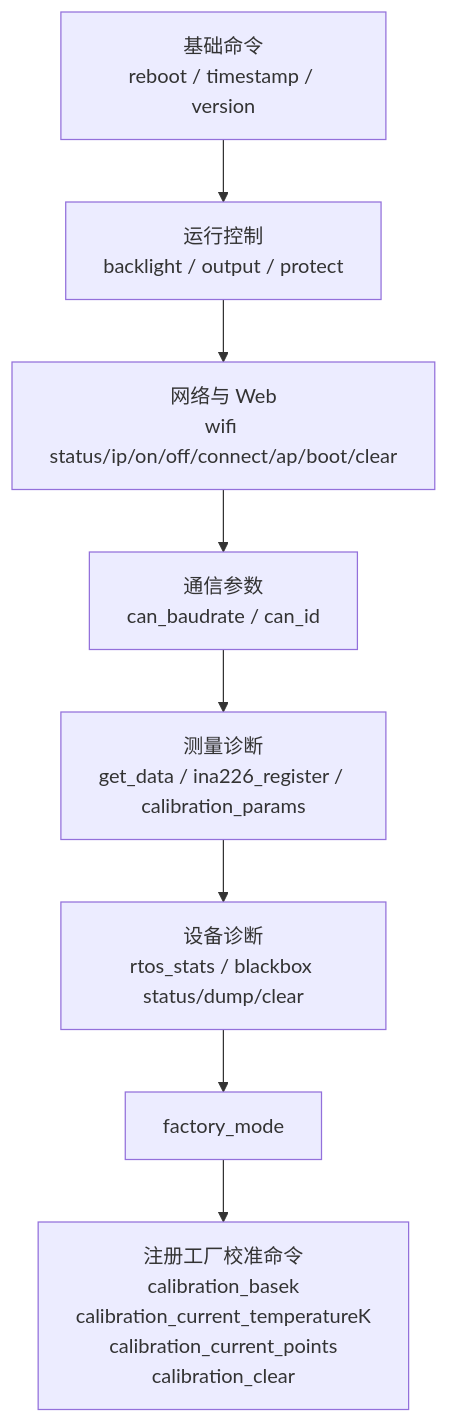
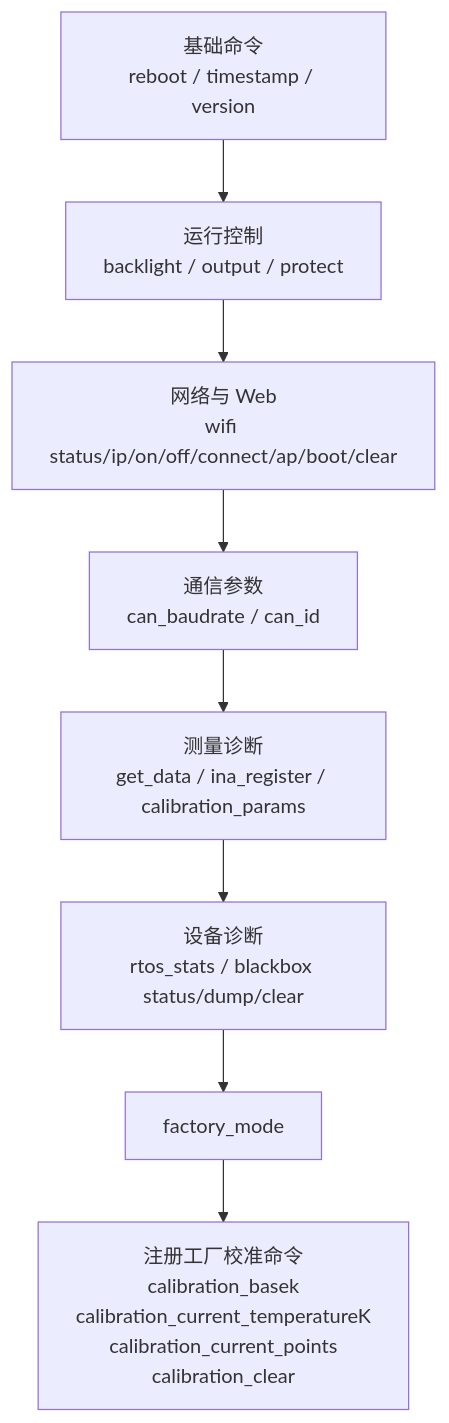
Before and after one commit to qingmeijiupiao/Wireless_power_meter_lite: the second of 2 diagrams in components/app/shell_command/README.md, drawn with Mermaid. The commit also changed other lines of this file and 2 other files, not shown here.

Commit message:
REFACTOR：统一 INA 寄存器命令为 ina_register
Lite 使用 ina226_register，Pro V2 使用 ina228_register，命令名与输出前缀
因芯片型号不同而不一致，导致共用的上位机脚本需要区分处理。

WHAT：两个工程的 shell 命令统一为芯片无关的 ina_register，输出前缀统一为
ina_register_raw，并同步更新 shell_command / current_calibration 文档。

````diff
--- a/components/app/shell_command/README.md
+++ b/components/app/shell_command/README.md
@@ -32,10 +32,10 @@
 ```mermaid
 flowchart TD
     Base["基础命令<br/>reboot / timestamp / version"] --> Runtime["运行控制<br/>backlight / output / protect"]
     Runtime --> Network["网络与 Web<br/>wifi status/ip/on/off/connect/ap/boot/clear"]
     Network --> Bus["通信参数<br/>can_baudrate / can_id"]
-    Bus --> Measure["测量诊断<br/>get_data / ina226_register / calibration_params"]
+    Bus --> Measure["测量诊断<br/>get_data / ina_register / calibration_params"]
     Measure --> Diagnose["设备诊断<br/>rtos_stats / blackbox status/dump/clear"]
     Diagnose --> Factory["factory_mode"]
     Factory --> Hidden["注册工厂校准命令<br/>calibration_basek<br/>calibration_current_temperatureK<br/>calibration_current_points<br/>calibration_clear"]
 ```
````
